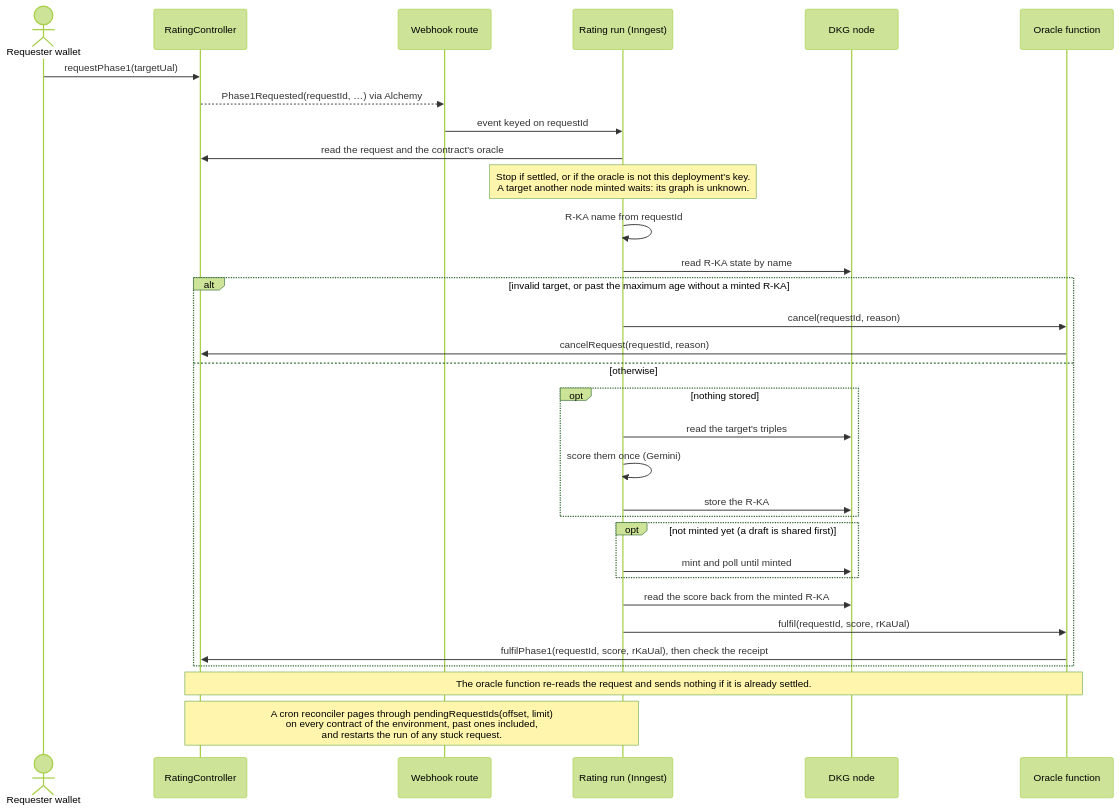
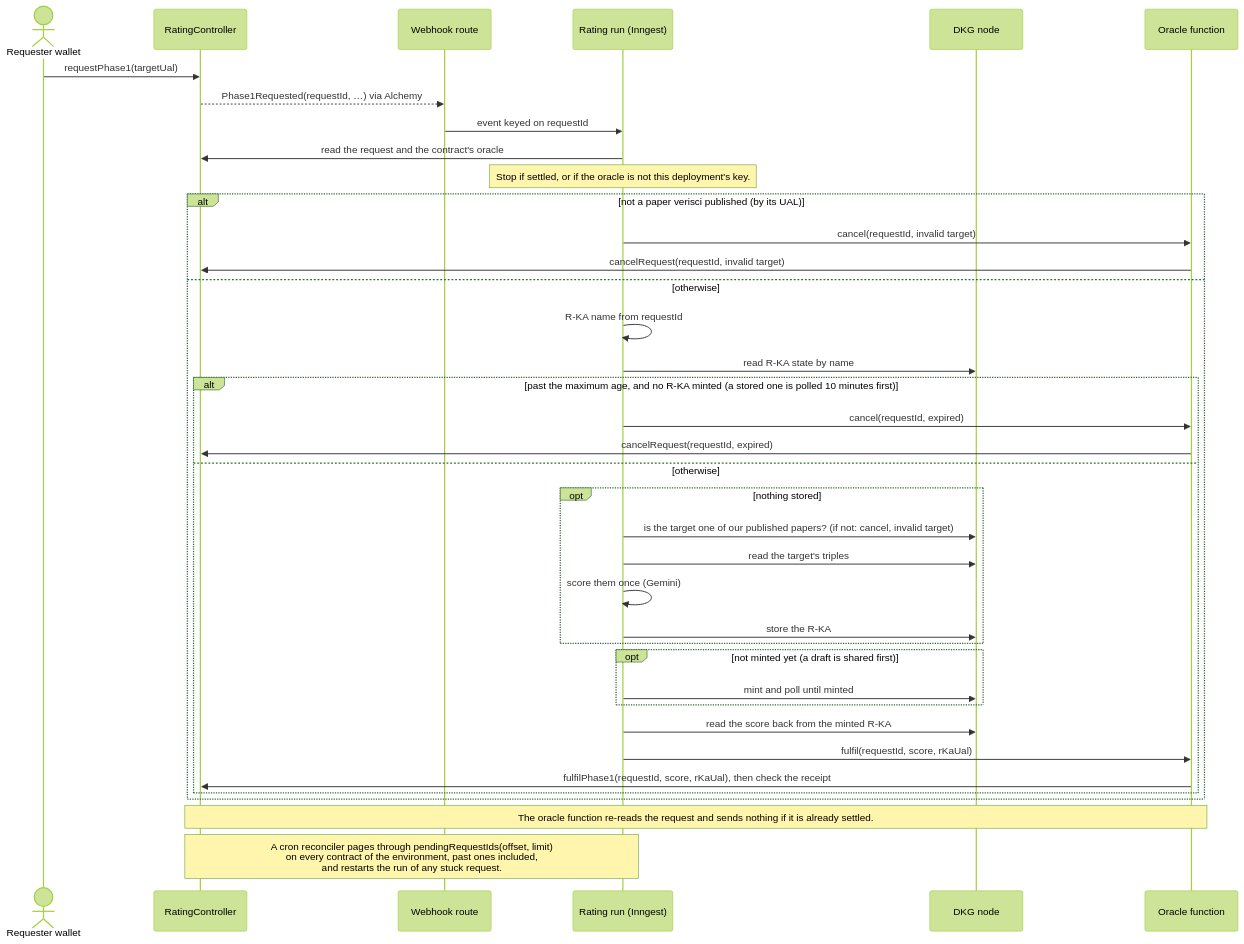
Before and after one commit to SiegfriedBz/labstrail: the third of 3 diagrams in README.md, drawn with Mermaid (forest theme). The commit also changed 6 other files, not shown here.

First line of the commit message:
docs: record that only papers verisci published are rated

````diff
--- a/README.md
+++ b/README.md
@@ -175,34 +175,40 @@
 ```mermaid
 sequenceDiagram
   actor U as Requester wallet
   participant C as RatingController
   participant W as Webhook route
   participant R as Rating run (Inngest)
   participant N as DKG node
   participant O as Oracle function
   U->>C: requestPhase1(targetUal)
   C-->>W: Phase1Requested(requestId, …) via Alchemy
   W->>R: event keyed on requestId
   R->>C: read the request and the contract's oracle
-  Note over R: Stop if settled, or if the oracle is not this deployment's key.<br/>A target another node minted waits: its graph is unknown.
-  R->>R: R-KA name from requestId
-  R->>N: read R-KA state by name
-  alt invalid target, or past the maximum age without a minted R-KA
-    R->>O: cancel(requestId, reason)
-    O->>C: cancelRequest(requestId, reason)
+  Note over R: Stop if settled, or if the oracle is not this deployment's key.
+  alt not a paper verisci published (by its UAL)
+    R->>O: cancel(requestId, invalid target)
+    O->>C: cancelRequest(requestId, invalid target)
   else otherwise
-    opt nothing stored
-      R->>N: read the target's triples
-      R->>R: score them once (Gemini)
-      R->>N: store the R-KA
+    R->>R: R-KA name from requestId
+    R->>N: read R-KA state by name
+    alt past the maximum age, and no R-KA minted (a stored one is polled 10 minutes first)
+      R->>O: cancel(requestId, expired)
+      O->>C: cancelRequest(requestId, expired)
+    else otherwise
+      opt nothing stored
+        R->>N: is the target one of our published papers? (if not: cancel, invalid target)
+        R->>N: read the target's triples
+        R->>R: score them once (Gemini)
+        R->>N: store the R-KA
+      end
+      opt not minted yet (a draft is shared first)
+        R->>N: mint and poll until minted
+      end
+      R->>N: read the score back from the minted R-KA
+      R->>O: fulfil(requestId, score, rKaUal)
+      O->>C: fulfilPhase1(requestId, score, rKaUal), then check the receipt
     end
-    opt not minted yet (a draft is shared first)
-      R->>N: mint and poll until minted
-    end
-    R->>N: read the score back from the minted R-KA
-    R->>O: fulfil(requestId, score, rKaUal)
-    O->>C: fulfilPhase1(requestId, score, rKaUal), then check the receipt
   end
   Note over C,O: The oracle function re-reads the request and sends nothing if it is already settled.
   Note over C,R: A cron reconciler pages through pendingRequestIds(offset, limit)<br/>on every contract of the environment, past ones included,<br/>and restarts the run of any stuck request.
 ```
````
